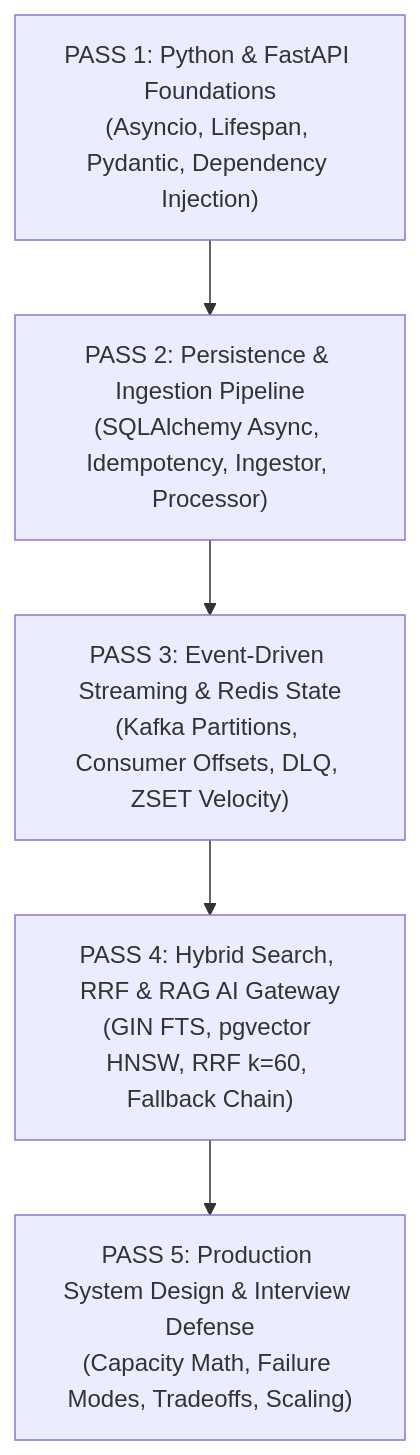
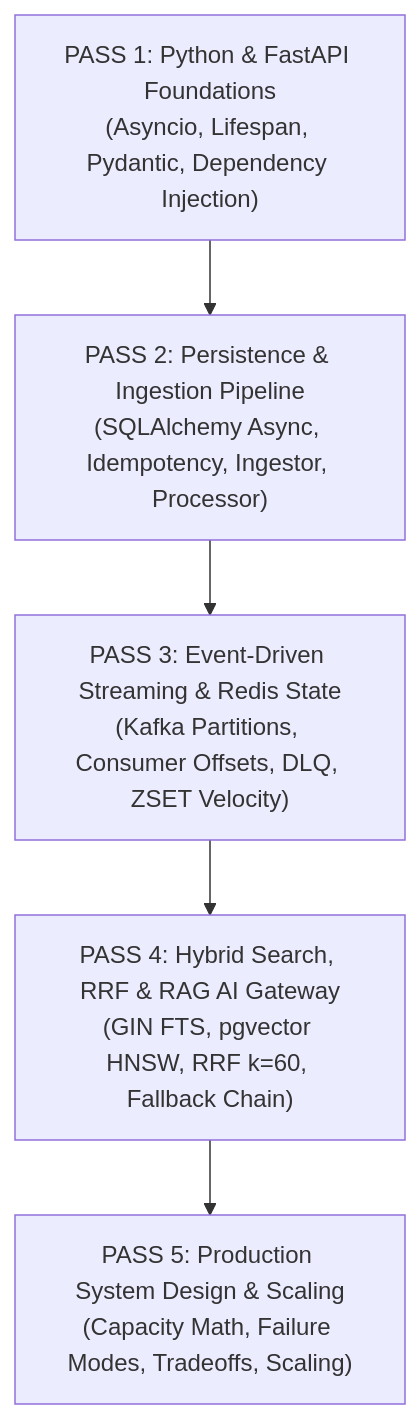
The first of 2 diagrams in docs/mastery/BACKEND_ROADMAP.md (Ramakrishnan-2002/NexusAI), drawn with Mermaid before and after one commit. The commit also changed other lines of this file and 24 other files, not shown here.

````diff
--- a/docs/mastery/BACKEND_ROADMAP.md
+++ b/docs/mastery/BACKEND_ROADMAP.md
@@ -9,13 +9,13 @@
 ```mermaid
 flowchart TD
     Pass1["PASS 1: Python & FastAPI Foundations\n(Asyncio, Lifespan, Pydantic, Dependency Injection)"]
     Pass2["PASS 2: Persistence & Ingestion Pipeline\n(SQLAlchemy Async, Idempotency, Ingestor, Processor)"]
     Pass3["PASS 3: Event-Driven Streaming & Redis State\n(Kafka Partitions, Consumer Offsets, DLQ, ZSET Velocity)"]
     Pass4["PASS 4: Hybrid Search, RRF & RAG AI Gateway\n(GIN FTS, pgvector HNSW, RRF k=60, Fallback Chain)"]
-    Pass5["PASS 5: Production System Design & Interview Defense\n(Capacity Math, Failure Modes, Tradeoffs, Scaling)"]
+    Pass5["PASS 5: Production System Design & Scaling\n(Capacity Math, Failure Modes, Tradeoffs, Scaling)"]
 
     Pass1 --> Pass2
     Pass2 --> Pass3
     Pass3 --> Pass4
     Pass4 --> Pass5
 ```
````
